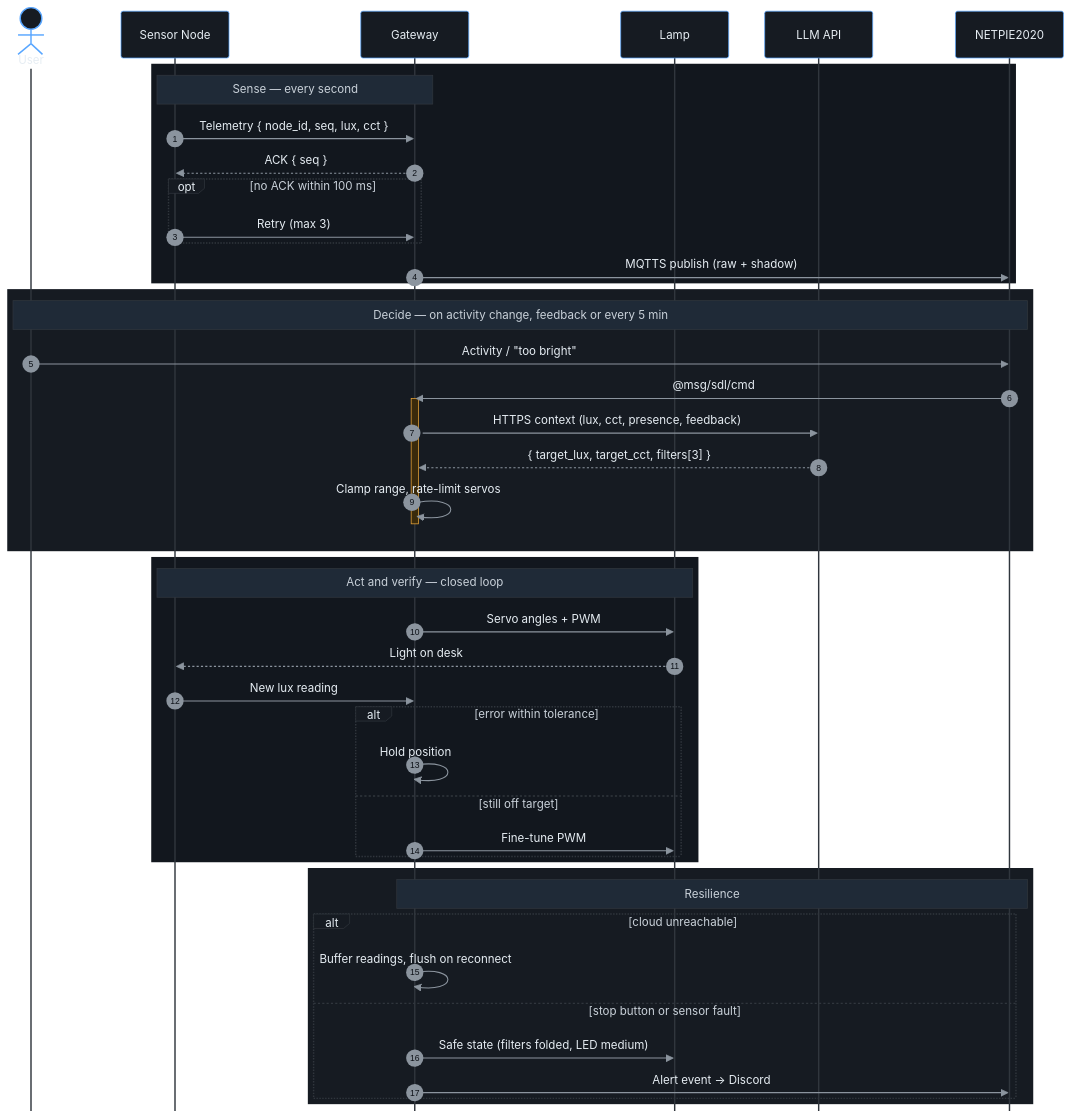
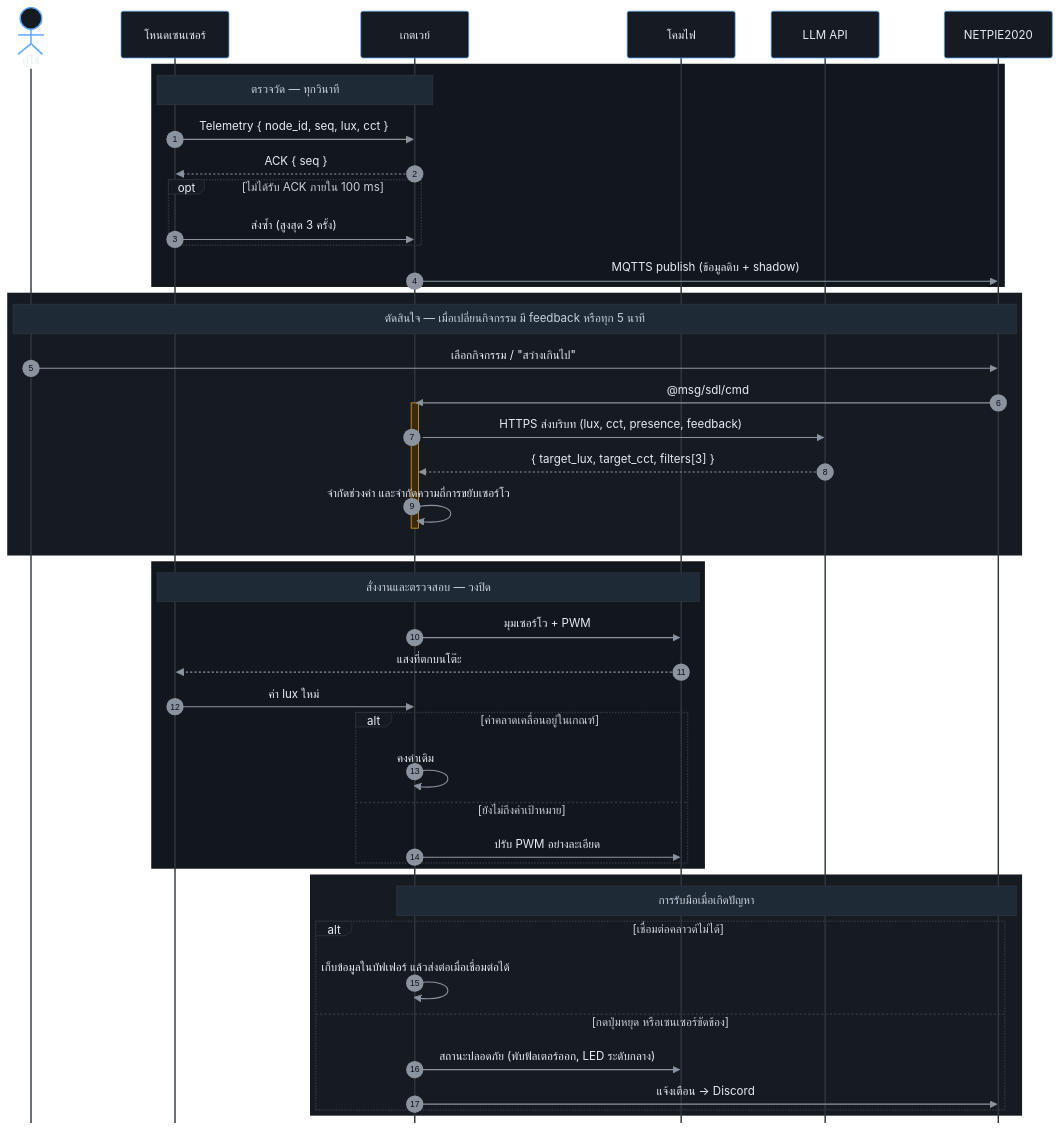
The second of 2 diagrams in README.md (E3-Embed/SmartDeskLight), drawn with Mermaid before and after one commit. The commit also changed other lines of this file and 1 other file, not shown here.

````diff
--- a/README.md
+++ b/README.md
@@ -89,54 +87,54 @@
 ```mermaid
 %%{init: {"theme": "base", "themeVariables": {"background": "#0D1117", "actorBkg": "#161B22", "actorBorder": "#58A6FF", "actorTextColor": "#E6EDF3", "actorLineColor": "#30363D", "signalColor": "#8B949E", "signalTextColor": "#E6EDF3", "labelBoxBkgColor": "#161B22", "labelBoxBorderColor": "#30363D", "labelTextColor": "#E6EDF3", "loopTextColor": "#C9D1D9", "noteBkgColor": "#1F2A37", "noteBorderColor": "#30363D", "noteTextColor": "#C9D1D9", "activationBkgColor": "#3A2A0B", "activationBorderColor": "#F0A93B", "sequenceNumberColor": "#0D1117"}, "sequence": {"mirrorActors": false, "boxMargin": 8, "messageMargin": 38, "noteMargin": 10}}}%%
 sequenceDiagram
   autonumber
-  actor U as User
-  participant N as Sensor Node
-  participant G as Gateway
-  participant L as Lamp
+  actor U as ผู้ใช้
+  participant N as โหนดเซนเซอร์
+  participant G as เกตเวย์
+  participant L as โคมไฟ
   participant A as LLM API
   participant P as NETPIE2020
 
   rect rgb(18, 23, 30)
-    Note over N,G: Sense — every second
+    Note over N,G: ตรวจวัด — ทุกวินาที
     N->>G: Telemetry { node_id, seq, lux, cct }
     G-->>N: ACK { seq }
-    opt no ACK within 100 ms
-      N->>G: Retry (max 3)
+    opt ไม่ได้รับ ACK ภายใน 100 ms
+      N->>G: ส่งซ้ำ (สูงสุด 3 ครั้ง)
     end
-    G->>P: MQTTS publish (raw + shadow)
+    G->>P: MQTTS publish (ข้อมูลดิบ + shadow)
   end
 
   rect rgb(22, 27, 34)
-    Note over U,P: Decide — on activity change, feedback or every 5 min
-    U->>P: Activity / "too bright"
+    Note over U,P: ตัดสินใจ — เมื่อเปลี่ยนกิจกรรม มี feedback หรือทุก 5 นาที
+    U->>P: เลือกกิจกรรม / "สว่างเกินไป"
     P->>G: @msg/sdl/cmd
     activate G
-    G->>A: HTTPS context (lux, cct, presence, feedback)
+    G->>A: HTTPS ส่งบริบท (lux, cct, presence, feedback)
     A-->>G: { target_lux, target_cct, filters[3] }
-    G->>G: Clamp range, rate-limit servos
+    G->>G: จำกัดช่วงค่า และจำกัดความถี่การขยับเซอร์โว
     deactivate G
   end
 
   rect rgb(18, 23, 30)
-    Note over N,L: Act and verify — closed loop
-    G->>L: Servo angles + PWM
-    L-->>N: Light on desk
-    N->>G: New lux reading
-    alt error within tolerance
-      G->>G: Hold position
-    else still off target
-      G->>L: Fine-tune PWM
+    Note over N,L: สั่งงานและตรวจสอบ — วงปิด
+    G->>L: มุมเซอร์โว + PWM
+    L-->>N: แสงที่ตกบนโต๊ะ
+    N->>G: ค่า lux ใหม่
+    alt ค่าคลาดเคลื่อนอยู่ในเกณฑ์
+      G->>G: คงค่าเดิม
+    else ยังไม่ถึงค่าเป้าหมาย
+      G->>L: ปรับ PWM อย่างละเอียด
     end
   end
 
   rect rgb(22, 27, 34)
-    Note over G,P: Resilience
-    alt cloud unreachable
-      G->>G: Buffer readings, flush on reconnect
-    else stop button or sensor fault
-      G->>L: Safe state (filters folded, LED medium)
-      G->>P: Alert event → Discord
+    Note over G,P: การรับมือเมื่อเกิดปัญหา
+    alt เชื่อมต่อคลาวด์ไม่ได้
+      G->>G: เก็บข้อมูลในบัฟเฟอร์ แล้วส่งต่อเมื่อเชื่อมต่อได้
+    else กดปุ่มหยุด หรือเซนเซอร์ขัดข้อง
+      G->>L: สถานะปลอดภัย (พับฟิลเตอร์ออก, LED ระดับกลาง)
+      G->>P: แจ้งเตือน → Discord
     end
   end
 ```
````
